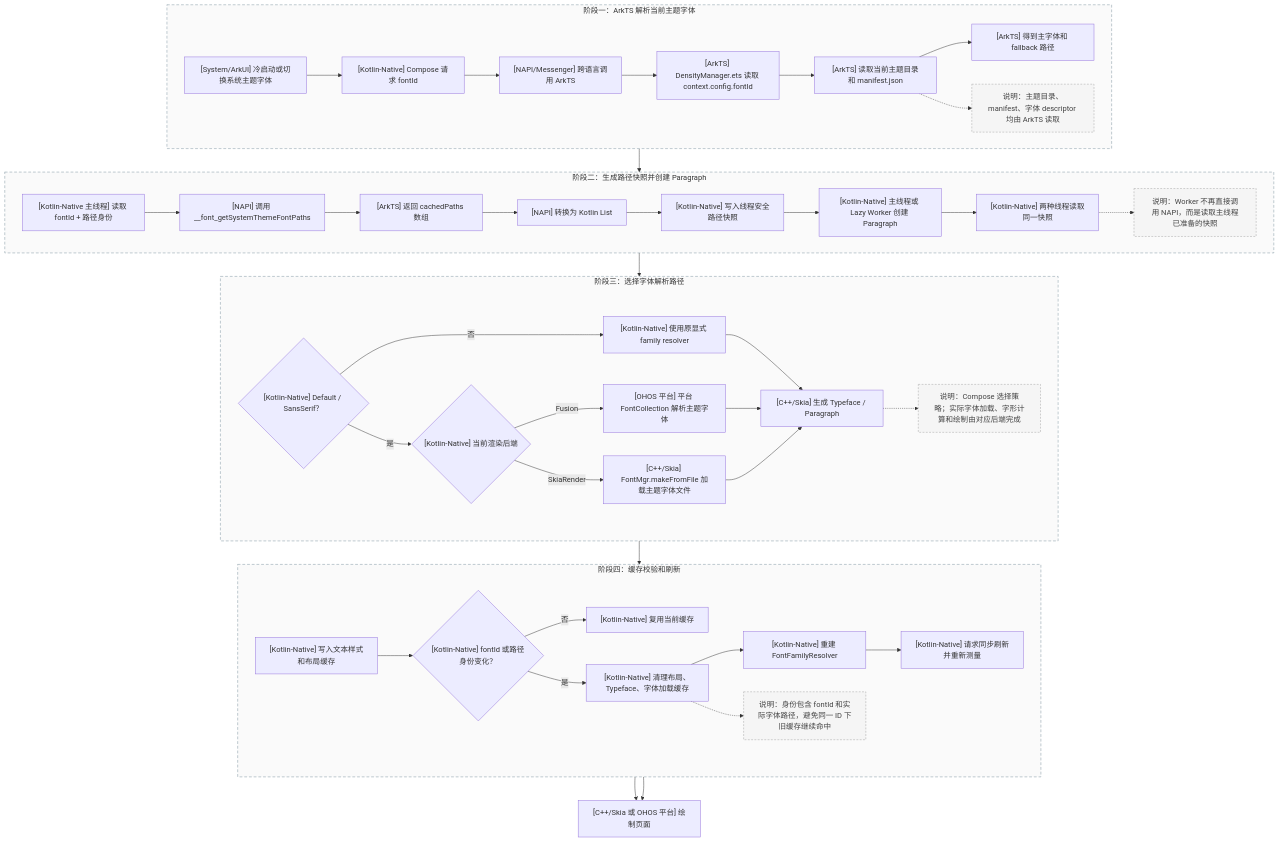
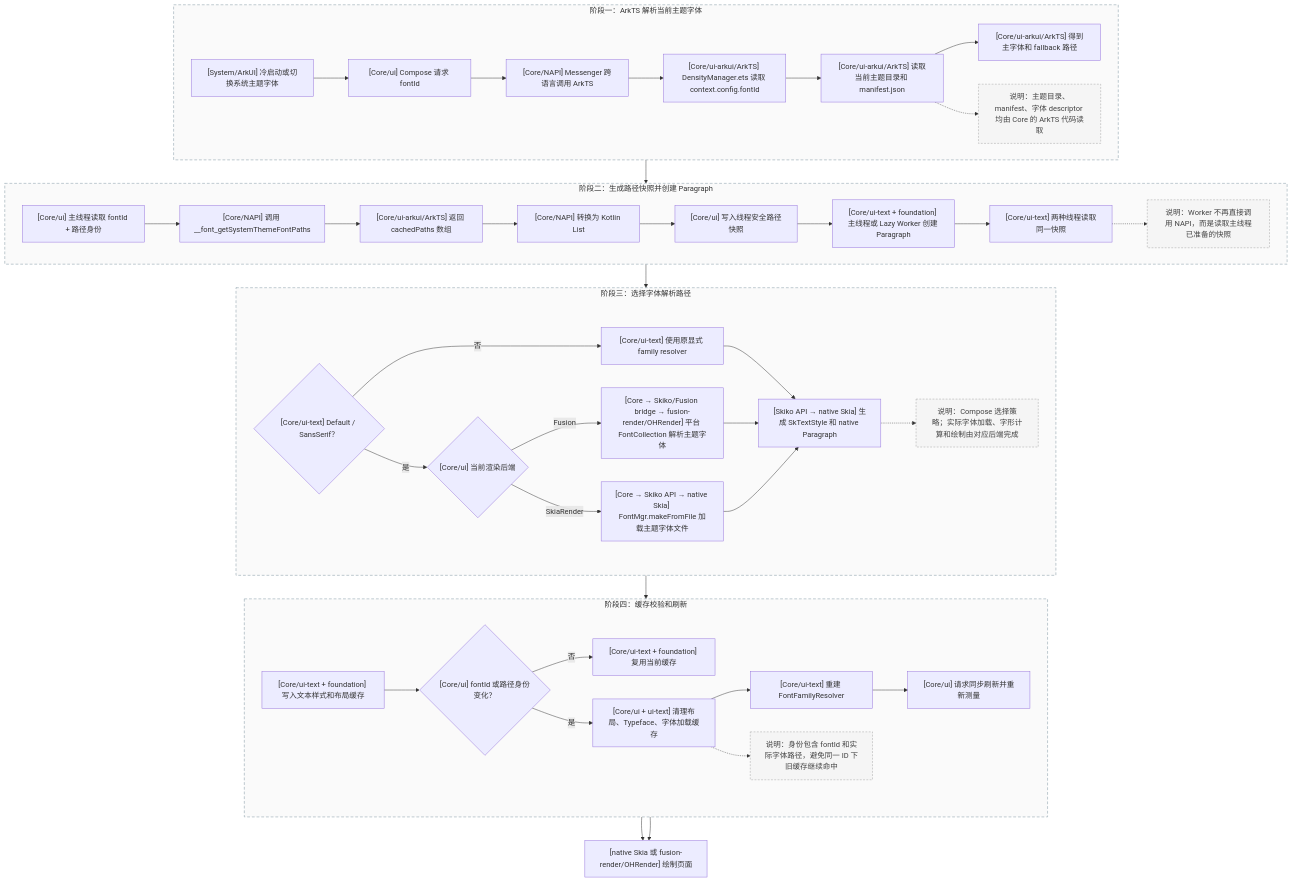
The tenth of 10 diagrams in CMP不跟随系统字体问题-根因与修复思路.md (jsdegithub/CMP-DOCS), drawn with Mermaid before and after one commit. The commit also changed other lines of this file, not shown here.

````diff
--- a/CMP不跟随系统字体问题-根因与修复思路.md
+++ b/CMP不跟随系统字体问题-根因与修复思路.md
@@ -650,58 +679,58 @@
 ```mermaid
 flowchart TD
     subgraph FIX1["阶段一：ArkTS 解析当前主题字体"]
         direction LR
-        A["[System/ArkUI] 冷启动或切换系统主题字体"] --> B["[Kotlin-Native] Compose 请求 fontId"]
-        B --> C["[NAPI/Messenger] 跨语言调用 ArkTS"]
-        C --> D["[ArkTS] DensityManager.ets 读取 context.config.fontId"]
-        D --> E["[ArkTS] 读取当前主题目录和 manifest.json"]
-        E --> F["[ArkTS] 得到主字体和 fallback 路径"]
-        E -.-> FNOTE["说明：主题目录、manifest、字体 descriptor 均由 ArkTS 读取"]
+        A["[System/ArkUI] 冷启动或切换系统主题字体"] --> B["[Core/ui] Compose 请求 fontId"]
+        B --> C["[Core/NAPI] Messenger 跨语言调用 ArkTS"]
+        C --> D["[Core/ui-arkui/ArkTS] DensityManager.ets 读取 context.config.fontId"]
+        D --> E["[Core/ui-arkui/ArkTS] 读取当前主题目录和 manifest.json"]
+        E --> F["[Core/ui-arkui/ArkTS] 得到主字体和 fallback 路径"]
+        E -.-> FNOTE["说明：主题目录、manifest、字体 descriptor 均由 Core 的 ArkTS 代码读取"]
     end
 
     subgraph FIX2["阶段二：生成路径快照并创建 Paragraph"]
         direction LR
-        G["[Kotlin-Native 主线程] 读取 fontId + 路径身份"] --> H["[NAPI] 调用 __font_getSystemThemeFontPaths"]
-        H --> I["[ArkTS] 返回 cachedPaths 数组"]
-        I --> J["[NAPI] 转换为 Kotlin List<String>"]
-        J --> K["[Kotlin-Native] 写入线程安全路径快照"]
-        L["[Kotlin-Native] 主线程或 Lazy Worker 创建 Paragraph"] --> M["[Kotlin-Native] 两种线程读取同一快照"]
+        G["[Core/ui] 主线程读取 fontId + 路径身份"] --> H["[Core/NAPI] 调用 __font_getSystemThemeFontPaths"]
+        H --> I["[Core/ui-arkui/ArkTS] 返回 cachedPaths 数组"]
+        I --> J["[Core/NAPI] 转换为 Kotlin List<String>"]
+        J --> K["[Core/ui] 写入线程安全路径快照"]
+        L["[Core/ui-text + foundation] 主线程或 Lazy Worker 创建 Paragraph"] --> M["[Core/ui-text] 两种线程读取同一快照"]
         K --> L
         M -.-> MNOTE["说明：Worker 不再直接调用 NAPI，而是读取主线程已准备的快照"]
     end
 
     subgraph FIX3["阶段三：选择字体解析路径"]
         direction LR
-        N{"[Kotlin-Native] Default / SansSerif？"} -->|"否"| O["[Kotlin-Native] 使用原显式 family resolver"]
-        N -->|"是"| P{"[Kotlin-Native] 当前渲染后端"}
-        P -->|"Fusion"| Q["[OHOS 平台] 平台 FontCollection 解析主题字体"]
-        P -->|"SkiaRender"| R["[C++/Skia] FontMgr.makeFromFile 加载主题字体文件"]
-        O --> S["[C++/Skia] 生成 Typeface / Paragraph"]
+        N{"[Core/ui-text] Default / SansSerif？"} -->|"否"| O["[Core/ui-text] 使用原显式 family resolver"]
+        N -->|"是"| P{"[Core/ui] 当前渲染后端"}
+        P -->|"Fusion"| Q["[Core → Skiko/Fusion bridge → fusion-render/OHRender] 平台 FontCollection 解析主题字体"]
+        P -->|"SkiaRender"| R["[Core → Skiko API → native Skia] FontMgr.makeFromFile 加载主题字体文件"]
+        O --> S["[Skiko API → native Skia] 生成 SkTextStyle 和 native Paragraph"]
         Q --> S
         R --> S
         S -.-> SNOTE["说明：Compose 选择策略；实际字体加载、字形计算和绘制由对应后端完成"]
     end
 
     subgraph FIX4["阶段四：缓存校验和刷新"]
         direction LR
-        T["[Kotlin-Native] 写入文本样式和布局缓存"] --> U{"[Kotlin-Native] fontId 或路径身份变化？"}
-        U -->|"否"| V["[Kotlin-Native] 复用当前缓存"]
-        U -->|"是"| W["[Kotlin-Native] 清理布局、Typeface、字体加载缓存"]
-        W --> X["[Kotlin-Native] 重建 FontFamilyResolver"]
-        X --> Y["[Kotlin-Native] 请求同步刷新并重新测量"]
+        T["[Core/ui-text + foundation] 写入文本样式和布局缓存"] --> U{"[Core/ui] fontId 或路径身份变化？"}
+        U -->|"否"| V["[Core/ui-text + foundation] 复用当前缓存"]
+        U -->|"是"| W["[Core/ui + ui-text] 清理布局、Typeface、字体加载缓存"]
+        W --> X["[Core/ui-text] 重建 FontFamilyResolver"]
+        X --> Y["[Core/ui] 请求同步刷新并重新测量"]
         W -.-> WNOTE["说明：身份包含 fontId 和实际字体路径，避免同一 ID 下旧缓存继续命中"]
     end
 
     F --> G
     M --> N
     S --> T
-    V --> Z["[C++/Skia 或 OHOS 平台] 绘制页面"]
+    V --> Z["[native Skia 或 fusion-render/OHRender] 绘制页面"]
     Y --> Z
 
     style FIX1 fill:#fafafa,stroke:#78909c,stroke-width:1px,stroke-dasharray:6 4
     style FIX2 fill:#fafafa,stroke:#78909c,stroke-width:1px,stroke-dasharray:6 4
     style FIX3 fill:#fafafa,stroke:#78909c,stroke-width:1px,stroke-dasharray:6 4
     style FIX4 fill:#fafafa,stroke:#78909c,stroke-width:1px,stroke-dasharray:6 4
     classDef note fill:#f5f5f5,stroke:#9e9e9e,stroke-width:1px,stroke-dasharray:4 3,color:#424242;
     class FNOTE,MNOTE,SNOTE,WNOTE note;
 ```
````
